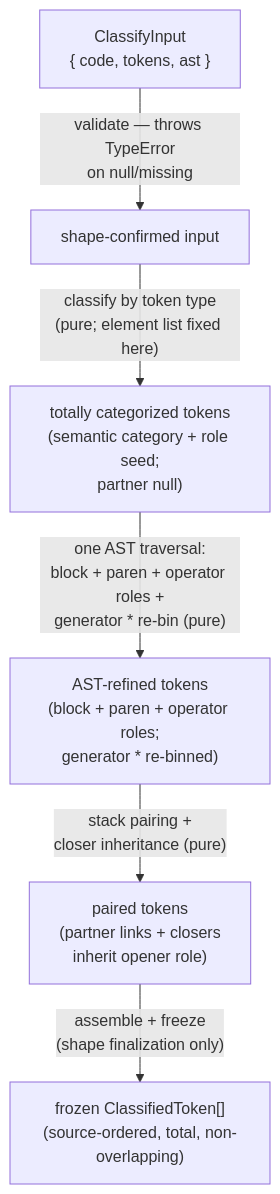
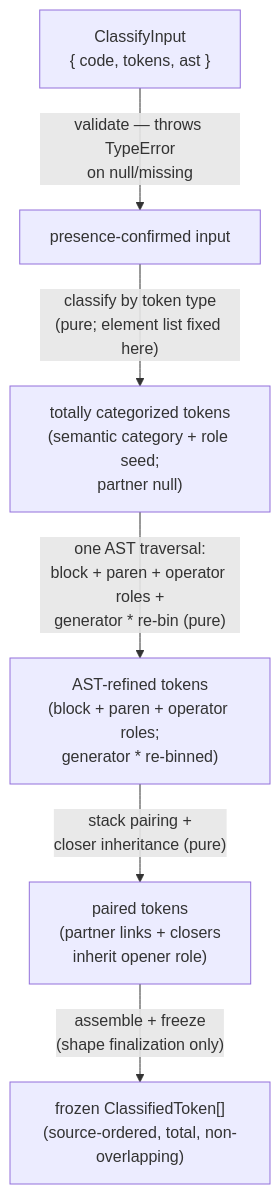
Before and after one commit to codeschoolinabox/curricula: the diagram in src/lib/study-lenses/lib/classifying/DOCS.md, drawn with Mermaid. The commit also changed other lines of this file and 2 other files, not shown here.

````diff
--- a/src/lib/study-lenses/lib/classifying/DOCS.md
+++ b/src/lib/study-lenses/lib/classifying/DOCS.md
@@ -93,15 +109,15 @@
 ```mermaid
 flowchart TD
     In["ClassifyInput<br/>{ code, tokens, ast }"]
-    Shaped["shape-confirmed input"]
+    Confirmed["presence-confirmed input"]
     Seeded["totally categorized tokens<br/>(semantic category + role seed;<br/>partner null)"]
     Refined["AST-refined tokens<br/>(block + paren + operator roles;<br/>generator * re-binned)"]
     Paired["paired tokens<br/>(partner links + closers<br/>inherit opener role)"]
     Out["frozen ClassifiedToken[]<br/>(source-ordered, total, non-overlapping)"]
 
-    In -->|"validate — throws TypeError<br/>on null/missing"| Shaped
-    Shaped -->|"classify by token type<br/>(pure; element list fixed here)"| Seeded
+    In -->|"validate — throws TypeError<br/>on null/missing"| Confirmed
+    Confirmed -->|"classify by token type<br/>(pure; element list fixed here)"| Seeded
     Seeded -->|"one AST traversal:<br/>block + paren + operator roles +<br/>generator * re-bin (pure)"| Refined
     Refined -->|"stack pairing +<br/>closer inheritance (pure)"| Paired
     Paired -->|"assemble + freeze<br/>(shape finalization only)"| Out
 ```
````
